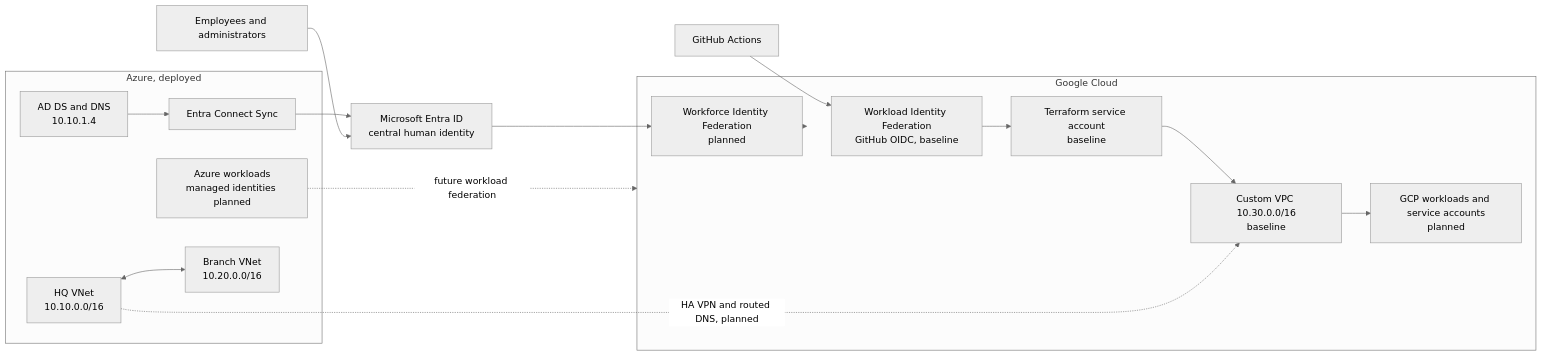
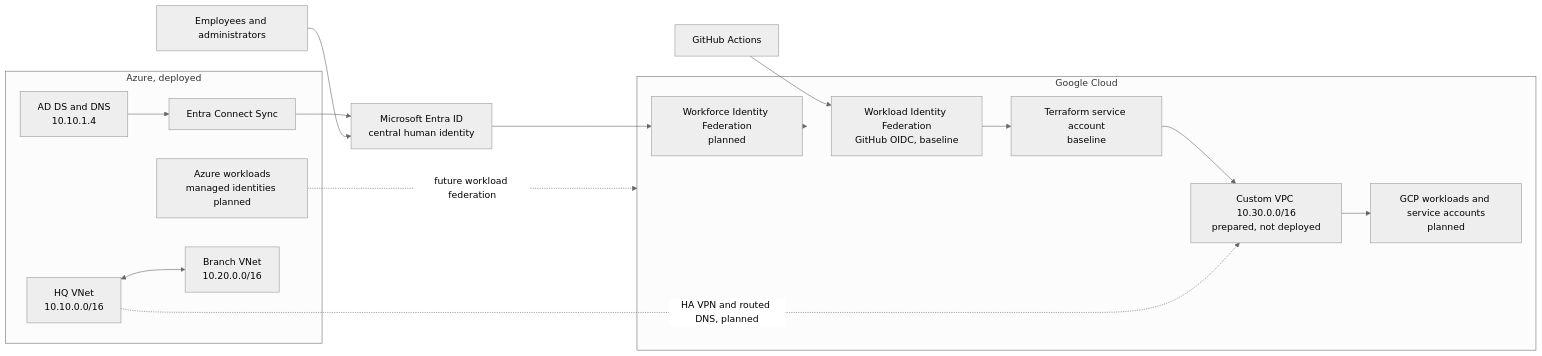
One commit to sindredg/hybrid-cloud-infra-and-identities changed the diagram in README.md. Above: the diagram before and after it, drawn with Mermaid (neutral theme). The commit also changed other lines of this file and 25 other files, not shown here.

Commit message:
Update documentation, add images and architecture.md

````diff
--- a/README.md
+++ b/README.md
@@ -44,33 +44,33 @@
 ```mermaid
 flowchart LR
     People["Employees and administrators"]
     GitHub["GitHub Actions"]
 
     subgraph Azure["Azure, deployed"]
         AD["AD DS and DNS<br/>10.10.1.4"]
         Connect["Entra Connect Sync"]
         AzureWorkloads["Azure workloads<br/>managed identities planned"]
         HQ["HQ VNet<br/>10.10.0.0/16"]
         Branch["Branch VNet<br/>10.20.0.0/16"]
         HQ <--> Branch
         AD --> Connect
     end
 
     Entra["Microsoft Entra ID<br/>central human identity"]
 
     subgraph GCP["Google Cloud"]
         Workforce["Workforce Identity Federation<br/>planned"]
         WIF["Workload Identity Federation<br/>GitHub OIDC, baseline"]
         TFSA["Terraform service account<br/>baseline"]
-        VPC["Custom VPC 10.30.0.0/16<br/>baseline"]
+        VPC["Custom VPC 10.30.0.0/16<br/>prepared, not deployed"]
         Workloads["GCP workloads and service accounts<br/>planned"]
     end
 
     Connect --> Entra
     People --> Entra --> Workforce
     Workforce --> GCP
     GitHub --> WIF --> TFSA --> VPC
     AzureWorkloads -. "future workload federation" .-> GCP
     HQ -. "HA VPN and routed DNS, planned" .-> VPC
     VPC --> Workloads
 ```
````
